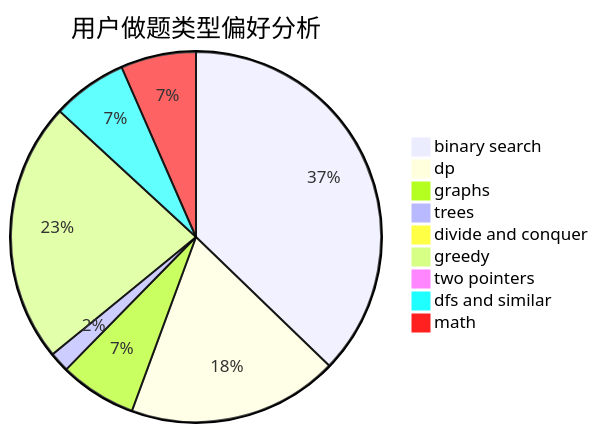
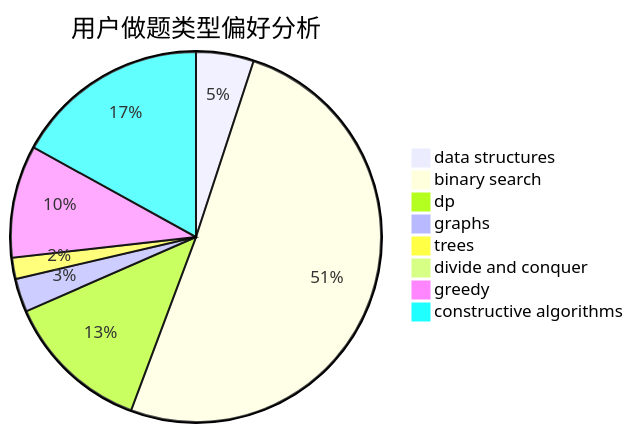
Before and after one commit to sherpahu/cfrs.github.io: the second of 3 diagrams in docs/user/u2327.md, drawn with Mermaid. The commit also changed other lines of this file and 2775 other files, not shown here.

````diff
--- a/docs/user/u2327.md
+++ b/docs/user/u2327.md
@@ -23,12 +23,11 @@
 ```mermaid
 pie title 用户做题类型偏好分析
-    "binary search" :  255
-    "dp" :  126
-    "graphs" :  46
-    "trees" :  12
+    "data structures" :  19
+    "binary search" :  191
+    "dp" :  48
+    "graphs" :  11
+    "trees" :  7
     "divide and conquer" :  0
-    "greedy" :  156
-    "two pointers" :  0
-    "dfs and similar" :  45
-    "math" :  45
+    "greedy" :  37
+    "constructive algorithms" :  64
 ```
````
